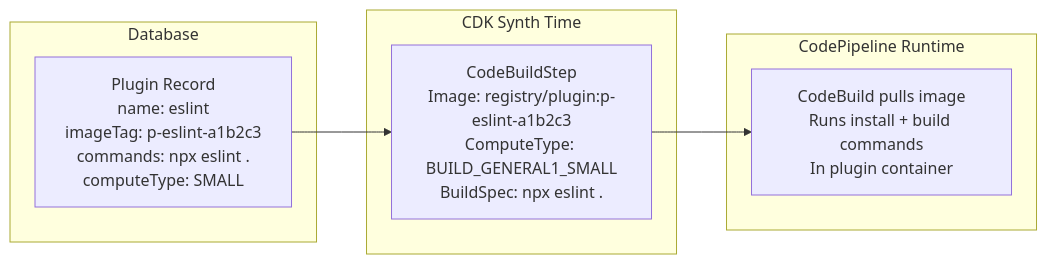
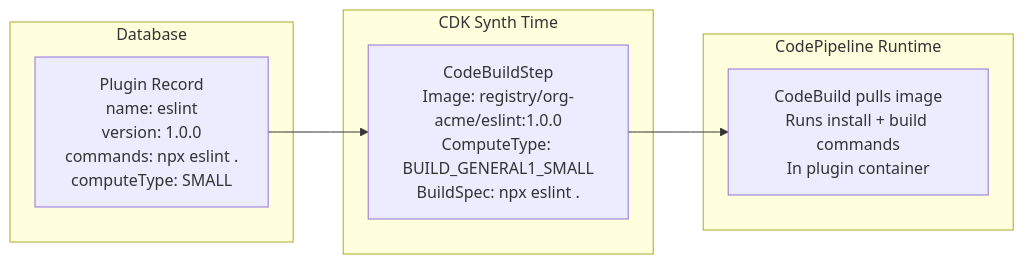
The ninth of 10 diagrams in docs/architecture-flow.md (mwashburn160/pipeline-builder), drawn with Mermaid before and after one commit. The commit also changed other lines of this file and 100 other files, not shown here.

Commit message:
fix: postgres schema

````diff
--- a/docs/architecture-flow.md
+++ b/docs/architecture-flow.md
@@ -253,16 +253,16 @@
 ```mermaid
 flowchart LR
     subgraph Database
-        Plugin[Plugin Record<br/>name: eslint<br/>imageTag: p-eslint-a1b2c3<br/>commands: npx eslint .<br/>computeType: SMALL]
+        Plugin[Plugin Record<br/>name: eslint<br/>version: 1.0.0<br/>commands: npx eslint .<br/>computeType: SMALL]
     end
 
     subgraph "CDK Synth Time"
-        CBS[CodeBuildStep<br/>Image: registry/plugin:p-eslint-a1b2c3<br/>ComputeType: BUILD_GENERAL1_SMALL<br/>BuildSpec: npx eslint .]
+        CBS[CodeBuildStep<br/>Image: registry/org-acme/eslint:1.0.0<br/>ComputeType: BUILD_GENERAL1_SMALL<br/>BuildSpec: npx eslint .]
     end
 
     subgraph "CodePipeline Runtime"
         CB2[CodeBuild pulls image<br/>Runs install + build commands<br/>In plugin container]
     end
 
     Plugin --> CBS --> CB2
 ```
````
